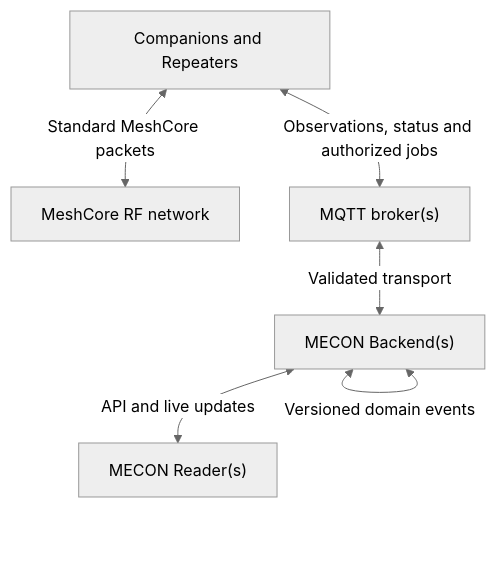
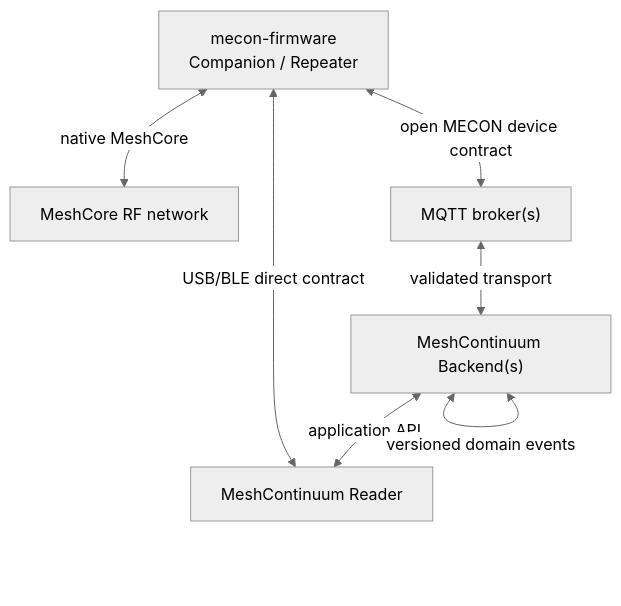
One commit to hoejriis/MeshContinuum changed the diagram in docs/ARCHITECTURE.md. Above: the diagram before and after it, drawn with Mermaid (neutral theme). The commit also changed other lines of this file, not shown here.

Commit message:
docs: align architecture with open firmware contract

````diff
--- a/docs/ARCHITECTURE.md
+++ b/docs/ARCHITECTURE.md
@@ -5,14 +5,15 @@
 ```mermaid
 flowchart TD
     RF["MeshCore RF network"]
-    DEV["Companions and Repeaters"]
+    FW["mecon-firmware\nCompanion / Repeater"]
     MQTT["MQTT broker(s)"]
-    BE["MECON Backend(s)"]
-    READER["MECON Reader(s)"]
+    BE["MeshContinuum Backend(s)"]
+    READER["MeshContinuum Reader"]
 
-    DEV <-->|"Standard MeshCore packets"| RF
-    DEV <-->|"Observations, status and authorized jobs"| MQTT
-    MQTT <-->|"Validated transport"| BE
-    BE <-->|"API and live updates"| READER
-    BE <-->|"Versioned domain events"| BE
+    FW <-->|"native MeshCore"| RF
+    FW <-->|"open MECON device contract"| MQTT
+    MQTT <-->|"validated transport"| BE
+    BE <-->|"application API"| READER
+    READER <-->|"USB/BLE direct contract"| FW
+    BE <-->|"versioned domain events"| BE
 ```
````
